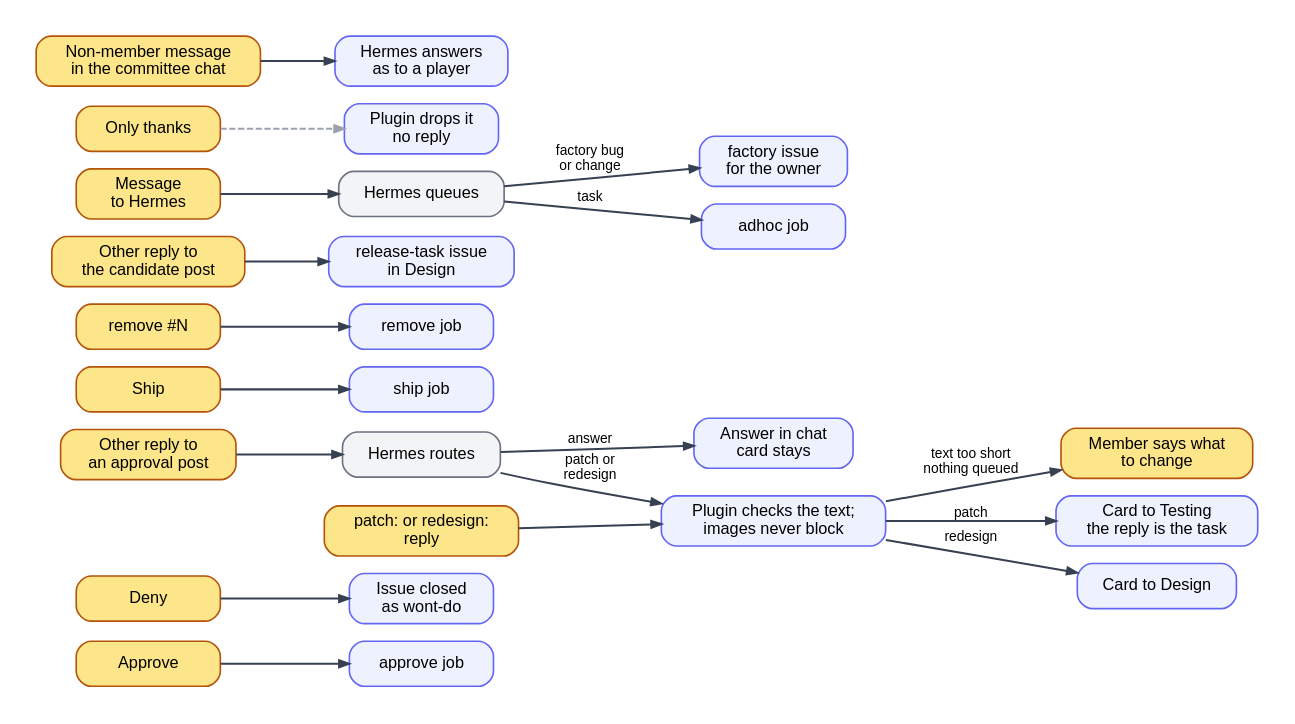
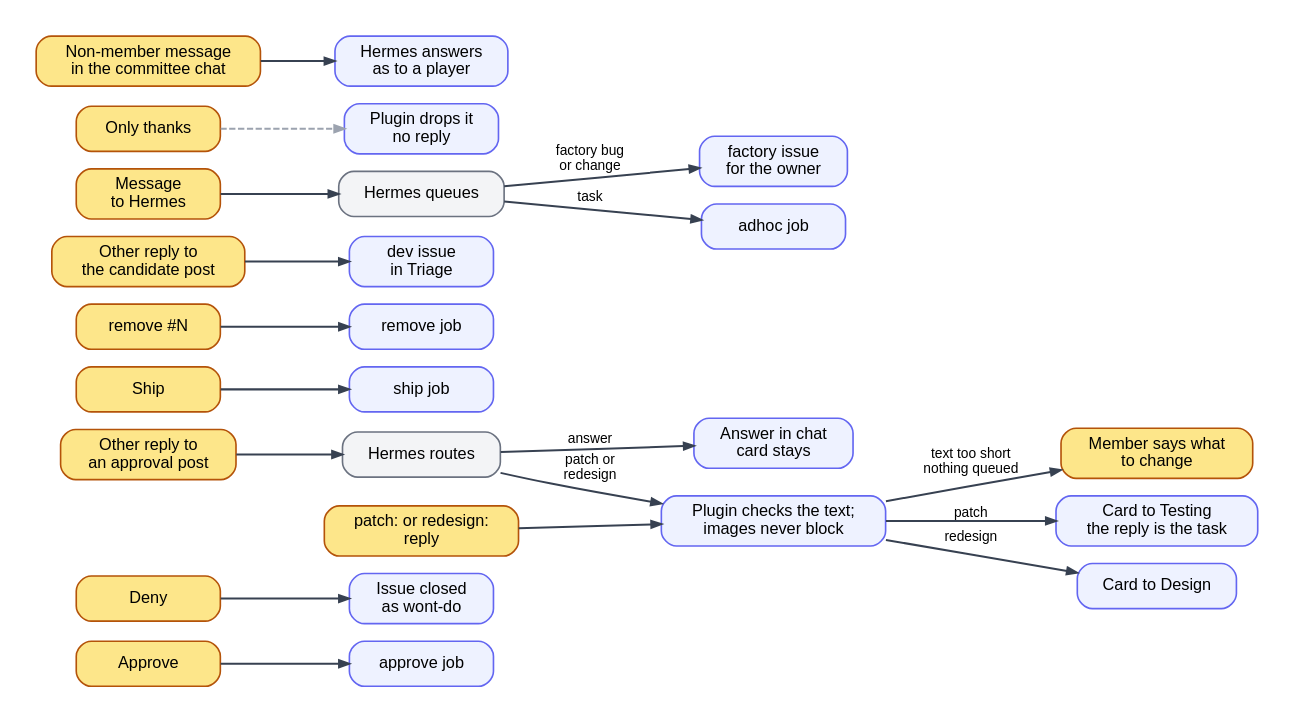
Before and after one commit to ROAM-game-org/road-machiners: the diagram in factory/docs/diagrams/committee.dot, drawn with Graphviz. The commit also changed 25 other files, not shown here.

First line of the commit message:
Docs and diagrams for the release from dev, Hermes route kind, stale fixtures

```diff
--- a/factory/docs/diagrams/committee.dot
+++ b/factory/docs/diagrams/committee.dot
@@ -1,26 +1,26 @@
 // Committee inputs: what each Telegram action queues, and the job that runs it. Yellow: people. Grey: Hermes decides.
 digraph committee {
   rankdir=LR; nodesep=0.2; ranksep=0.7; bgcolor=white; pad=0.3;
   node [shape=box, style="rounded,filled", fillcolor="#eef2ff", color="#6366f1", fontname="Helvetica", fontsize=13, margin="0.2,0.08", penwidth=1.3, width=1.6];
   edge [color="#374151", penwidth=1.6, arrowsize=0.8, fontname="Helvetica", fontsize=11];
   node [fillcolor="#fde68a", color="#b45309"];
   approve [label="Approve"]; deny [label="Deny"]; reply [label="Other reply to\nan approval post"]; forced [label="patch: or redesign:\nreply"];
   ship [label="Ship"]; remove [label="remove #N"]; rtask [label="Other reply to\nthe candidate post"]; ask [label="Message\nto Hermes"];
   bare [label="Only thanks"]; stranger [label="Non-member message\nin the committee chat"];
   member [label="Member says what\nto change"];
   node [fillcolor="#f3f4f6", color="#6b7280"];
   hermes [label="Hermes routes"]; hermes2 [label="Hermes queues"];
   node [fillcolor="#eef2ff", color="#6366f1"];
   ready [label="Plugin checks the text;\nimages never block"];
   node [fillcolor="#eef2ff", color="#6366f1"];
   approveJob [label="approve job"]; closed [label="Issue closed\nas wont-do"]; answer [label="Answer in chat\ncard stays"];
   patchJob [label="Card to Testing\nthe reply is the task"]; design [label="Card to Design"]; shipJob [label="ship job"]; removeJob [label="remove job"];
-  newTask [label="release-task issue\nin Design"]; factoryIssue [label="factory issue\nfor the owner"]; adhocJob [label="adhoc job"];
+  newTask [label="dev issue\nin Triage"]; factoryIssue [label="factory issue\nfor the owner"]; adhocJob [label="adhoc job"];
   quiet [label="Plugin drops it\nno reply"]; playerAnswer [label="Hermes answers\nas to a player"];
   approve -> approveJob; deny -> closed;
   reply -> hermes; hermes -> answer [label="answer"]; hermes -> ready [label="patch or\nredesign"];
   forced -> ready; ready -> patchJob [label="patch"]; ready -> design [label="redesign"]; ready -> member [label="text too short\nnothing queued"];
   ship -> shipJob; remove -> removeJob; rtask -> newTask;
   ask -> hermes2; hermes2 -> adhocJob [label="task"]; hermes2 -> factoryIssue [label="factory bug\nor change"];
   bare -> quiet [style=dashed, color="#9ca3af"]; stranger -> playerAnswer;
 }
```
